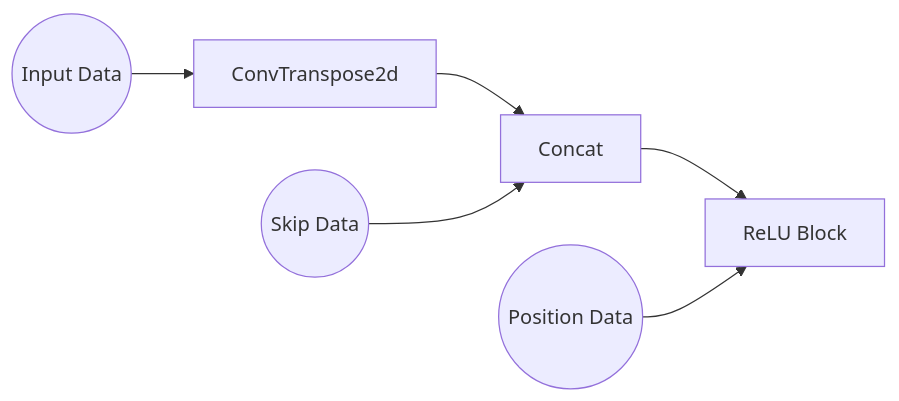
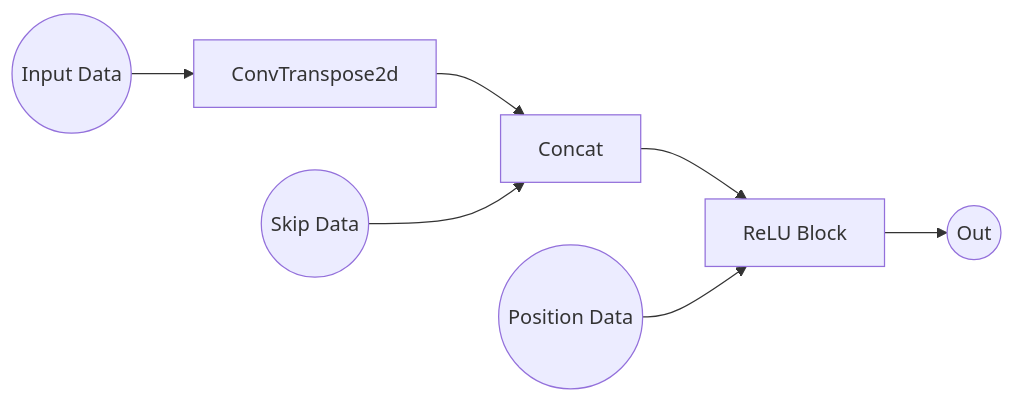
One commit to shakes76/PatternFlow changed the second of 3 diagrams in recognition/Stable DIffusion/readme.md. Above: the diagram before and after it, drawn with Mermaid. The commit also changed other lines of this file, not shown here.

````diff
--- a/recognition/Stable DIffusion/readme.md
+++ b/recognition/Stable DIffusion/readme.md
@@ -88,7 +88,7 @@
 ```mermaid
 flowchart LR
 start((Input Data)) --> ConvTranspose2d[ConvTranspose2d] --> Cat[Concat];
 startB((Skip Data)) --> Cat[Concat];
 Cat[Concat]-->Relu[ReLU Block];
-startC((Position Data)) --> Relu[ReLU Block]
+startC((Position Data)) --> Relu[ReLU Block]--> Out((Out))
 ```
````
